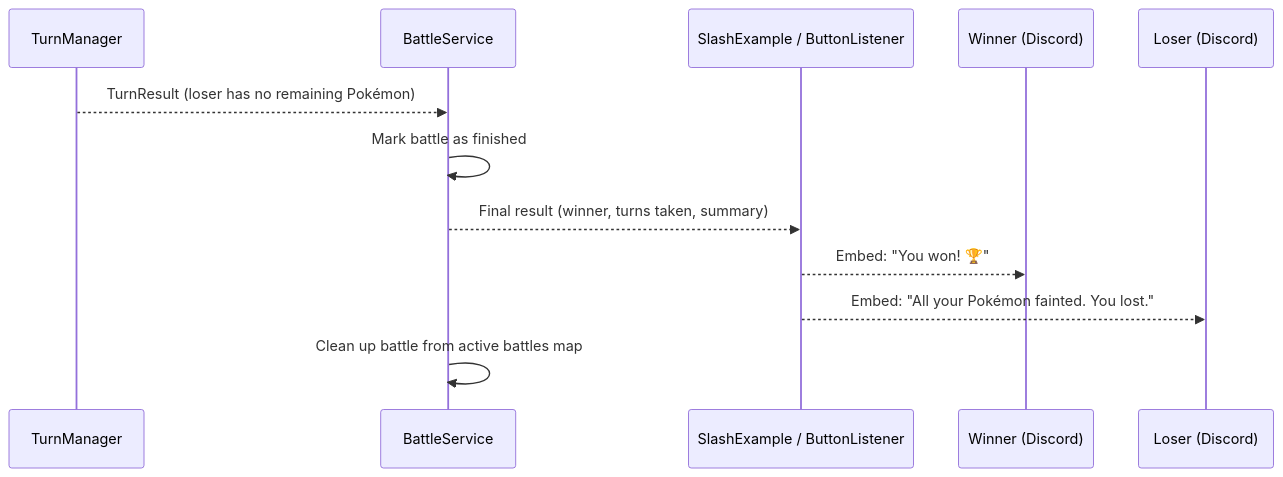
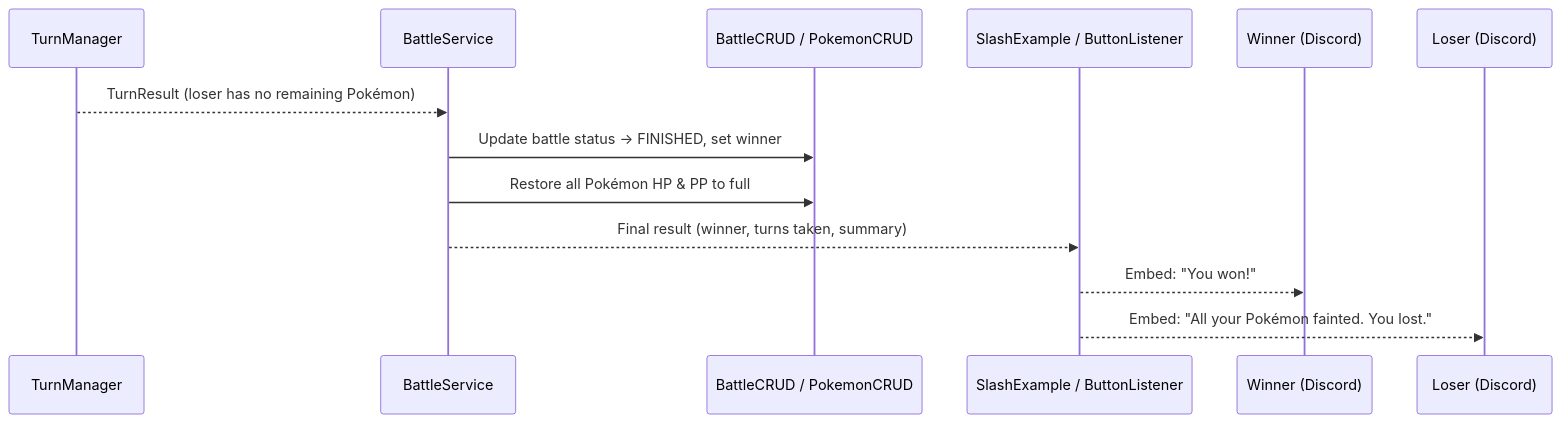
The fifth of 8 diagrams in Documentation/Battle-Loop-Project-Guide.md (Saerkyne/pokemon-oop), drawn with Mermaid before and after one commit. The commit also changed other lines of this file and 1 other file, not shown here.

````diff
--- a/Documentation/Battle-Loop-Project-Guide.md
+++ b/Documentation/Battle-Loop-Project-Guide.md
@@ -199,15 +289,16 @@
 ```mermaid
 sequenceDiagram
     participant TM as TurnManager
     participant BS as BattleService
+    participant DB as BattleCRUD / PokemonCRUD
     participant Bot as SlashExample / ButtonListener
     participant U1 as Winner (Discord)
     participant U2 as Loser (Discord)
 
     TM-->>BS: TurnResult (loser has no remaining Pokémon)
-    BS->>BS: Mark battle as finished
+    BS->>DB: Update battle status → FINISHED, set winner
+    BS->>DB: Restore all Pokémon HP & PP to full
     BS-->>Bot: Final result (winner, turns taken, summary)
-    Bot-->>U1: Embed: "You won! 🏆"
+    Bot-->>U1: Embed: "You won!"
     Bot-->>U2: Embed: "All your Pokémon fainted. You lost."
-    BS->>BS: Clean up battle from active battles map
 ```
````
